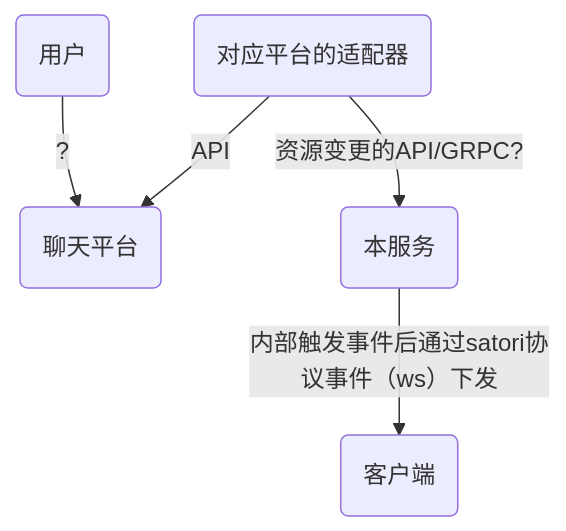
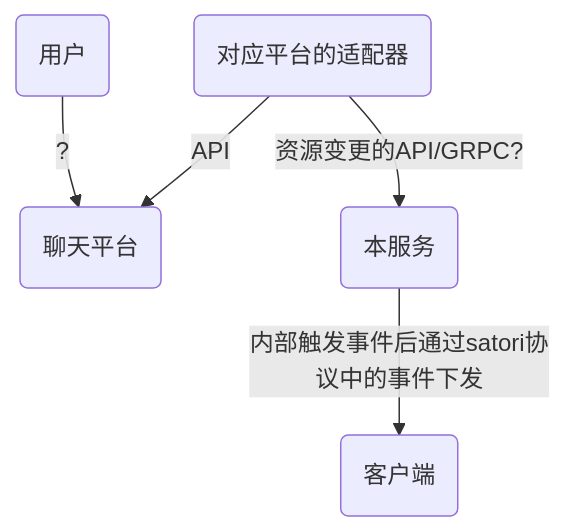
One commit to satori-protocol-go/satori-server-go changed the first of 2 diagrams in README.md. Above: the diagram before and after it, drawn with Mermaid.

````diff
--- a/README.md
+++ b/README.md
@@ -7,7 +7,7 @@
 ```mermaid
 graph TD;
     User(用户)--?-->Chat(聊天平台);
     Adaptor(对应平台的适配器)--API-->Chat(聊天平台);
     Adaptor--资源变更的API/GRPC?-->Server(本服务);
-    Server--内部触发事件后通过satori协议事件（ws）下发-->Client(客户端);
+    Server--内部触发事件后通过satori协议中的事件下发-->Client(客户端);
 ```
````
